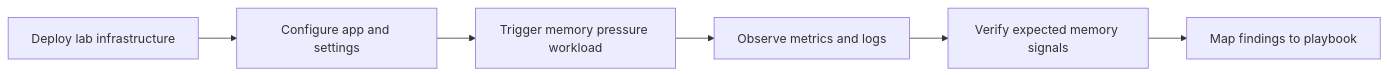
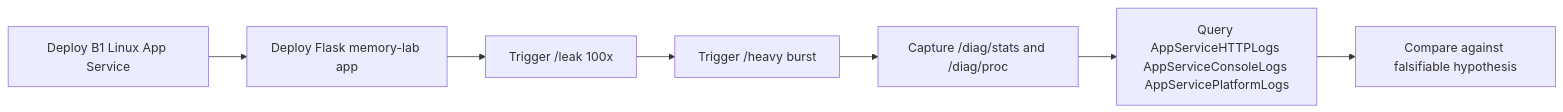
One commit to yeongseon/azure-app-service-practical-guide changed the first of 6 diagrams in docs/troubleshooting/lab-guides/memory-pressure.md. Above: the diagram before and after it, drawn with Mermaid. The commit also changed other lines of this file and 327 other files, not shown here.

````diff
--- a/docs/troubleshooting/lab-guides/memory-pressure.md
+++ b/docs/troubleshooting/lab-guides/memory-pressure.md
@@ -5,8 +7,9 @@
 ```mermaid
 graph LR
-    A[Deploy lab infrastructure] --> B[Configure app and settings]
-    B --> C[Trigger memory pressure workload]
-    C --> D[Observe metrics and logs]
-    D --> E[Verify expected memory signals]
-    E --> F[Map findings to playbook]
+    A[Deploy B1 Linux App Service] --> B[Deploy Flask memory-lab app]
+    B --> C[Trigger /leak 100x]
+    C --> D[Trigger /heavy burst]
+    D --> E[Capture /diag/stats and /diag/proc]
+    E --> F[Query AppServiceHTTPLogs AppServiceConsoleLogs AppServicePlatformLogs]
+    F --> G[Compare against falsifiable hypothesis]
 ```
````
